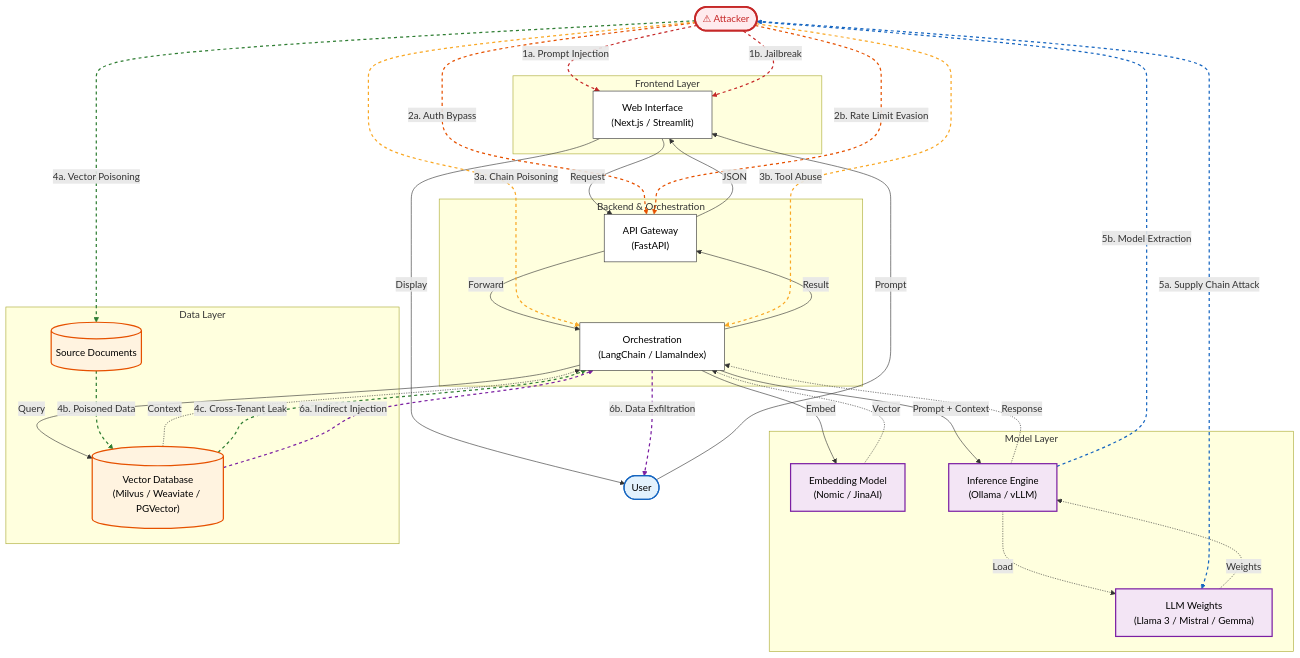
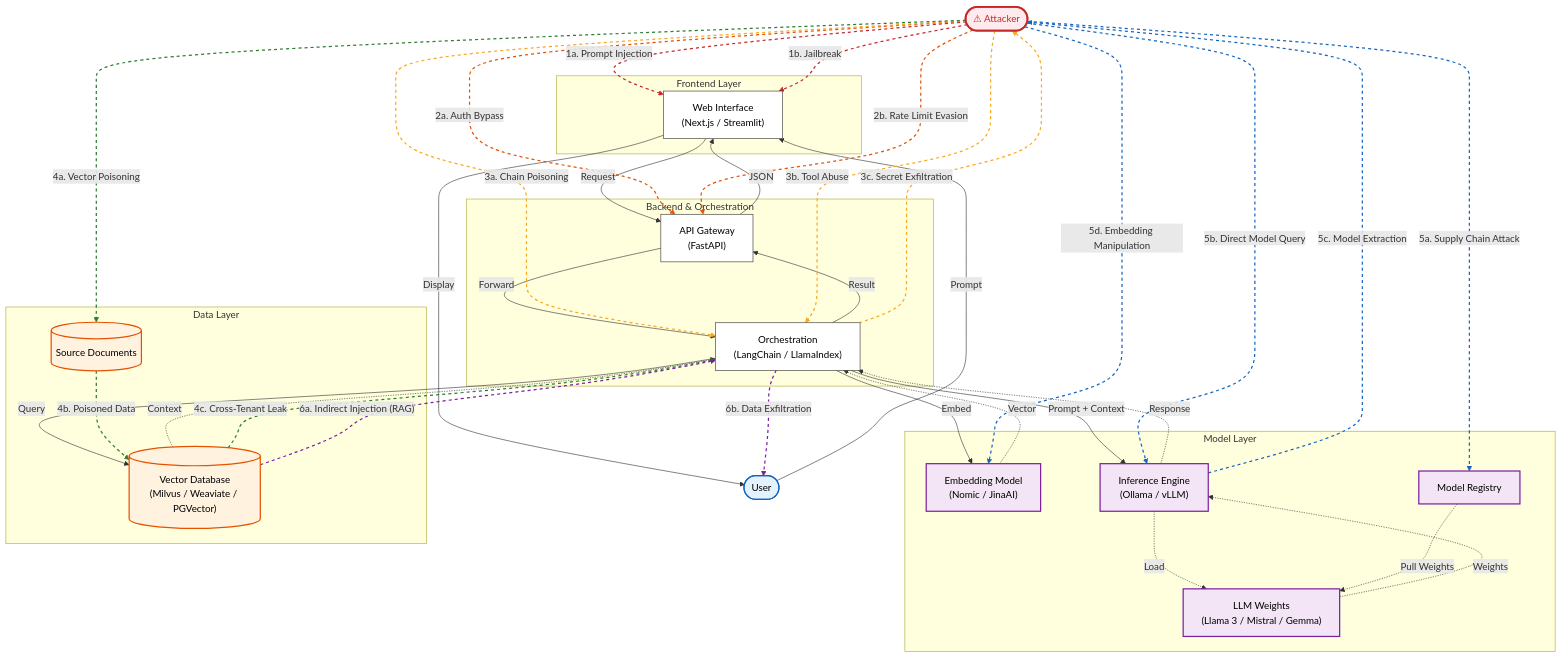
The diagram in docs/attack-paths/attack-paths.md (risyam/oss-ai-security-blueprint), drawn with Mermaid before and after one commit. The commit also changed other lines of this file, not shown here.

Commit message:
attack-path-additions

````diff
--- a/docs/attack-paths/attack-paths.md
+++ b/docs/attack-paths/attack-paths.md
@@ -23,6 +23,7 @@
         EmbedModel["Embedding Model<br/>(Nomic / JinaAI)"]
         Inference["Inference Engine<br/>(Ollama / vLLM)"]
         LLM["LLM Weights<br/>(Llama 3 / Mistral / Gemma)"]
+        Registry["Model Registry"]
     end
 
     subgraph Data ["Data Layer"]
@@ -30,7 +31,9 @@
         Documents[("Source Documents")]
     end
 
-    %% Normal Data Flow (gray, indices 0-13)
+    %% ========================
+    %% Normal Data Flow
+    %% ========================
     User -->|Prompt| UI
     UI -->|Request| API
     API -->|Forward| Orchestrator
@@ -40,41 +43,49 @@
     VectorDB -.->|Context| Orchestrator
     Orchestrator -->|Prompt + Context| Inference
     Inference -.->|Load| LLM
+    Registry -.->|Pull Weights| LLM
     LLM -.->|Weights| Inference
     Inference -.->|Response| Orchestrator
     Orchestrator -->|Result| API
     API -->|JSON| UI
     UI -->|Display| User
 
-    %% === ATTACK PATHS ===
+    %% ========================
+    %% ATTACK PATHS
+    %% ========================
 
-    %% Path 1: Frontend Attacks (RED - indices 14-15)
+    %% Path 1: Frontend (RED)
     Attacker -.->|"1a. Prompt Injection"| UI
     Attacker -.->|"1b. Jailbreak"| UI
 
-    %% Path 2: API Attacks (ORANGE - indices 16-17)
+    %% Path 2: API (ORANGE)
     Attacker -.->|"2a. Auth Bypass"| API
     Attacker -.->|"2b. Rate Limit Evasion"| API
 
-    %% Path 3: Orchestrator Attacks (YELLOW/GOLD - indices 18-19)
+    %% Path 3: Orchestrator (GOLD)
     Attacker -.->|"3a. Chain Poisoning"| Orchestrator
     Attacker -.->|"3b. Tool Abuse"| Orchestrator
+    Orchestrator -.->|"3c. Secret Exfiltration"| Attacker
 
-    %% Path 4: Vector DB Attacks (GREEN - indices 20-22)
+    %% Path 4: Vector DB (GREEN)
     Attacker -.->|"4a. Vector Poisoning"| Documents
     Documents -.->|"4b. Poisoned Data"| VectorDB
     VectorDB -.->|"4c. Cross-Tenant Leak"| Orchestrator
 
-    %% Path 5: Model Layer Attacks (BLUE - indices 23-24)
-    Attacker -.->|"5a. Supply Chain Attack"| LLM
-    Inference -.->|"5b. Model Extraction"| Attacker
+    %% Path 5: Model Layer (BLUE)
+    Attacker -.->|"5a. Supply Chain Attack"| Registry
+    Attacker -.->|"5b. Direct Model Query"| Inference
+    Inference -.->|"5c. Model Extraction"| Attacker
+    Attacker -.->|"5d. Embedding Manipulation"| EmbedModel
 
-    %% Path 6: End-to-End Attacks (PURPLE - indices 25-26)
-    VectorDB -.->|"6a. Indirect Injection"| Orchestrator
+    %% Path 6: End-to-End (PURPLE)
+    VectorDB -.->|"6a. Indirect Injection (RAG)"| Orchestrator
     Orchestrator -.->|"6b. Data Exfiltration"| User
 
 
+    %% ========================
     %% Node Styling
+    %% ========================
     classDef default fill:#fff,stroke:#333,stroke-width:1px,color:#000;
     classDef userNode fill:#e3f2fd,stroke:#1565c0,stroke-width:2px,color:#000;
     classDef attackerNode fill:#ffebee,stroke:#c62828,stroke-width:3px,color:#c62828;
@@ -84,19 +95,29 @@
     class User userNode;
     class Attacker attackerNode;
     class VectorDB,Documents dbNode;
-    class LLM,Inference,EmbedModel modelNode;
+    class LLM,Inference,EmbedModel,Registry modelNode;
 
-    %% Link Styles by Attack Category
-    %% Path 1: Frontend (RED)
-    linkStyle 14,15 stroke:#c62828,stroke-width:2px,stroke-dasharray:5;
-    %% Path 2: API (ORANGE)
-    linkStyle 16,17 stroke:#e65100,stroke-width:2px,stroke-dasharray:5;
-    %% Path 3: Orchestrator (GOLD)
-    linkStyle 18,19 stroke:#f9a825,stroke-width:2px,stroke-dasharray:5;
-    %% Path 4: Vector DB (GREEN)
-    linkStyle 20,21,22 stroke:#2e7d32,stroke-width:2px,stroke-dasharray:5;
-    %% Path 5: Model (BLUE)
-    linkStyle 23,24 stroke:#1565c0,stroke-width:2px,stroke-dasharray:5;
-    %% Path 6: End-to-End (PURPLE)
-    linkStyle 25,26 stroke:#7b1fa2,stroke-width:2px,stroke-dasharray:5;
+    %% ========================
+    %% Link Styling by Category
+    %% ========================
+
+    %% Frontend (RED)
+    linkStyle 15,16 stroke:#c62828,stroke-width:2px,stroke-dasharray:5;
+
+    %% API (ORANGE)
+    linkStyle 17,18 stroke:#e65100,stroke-width:2px,stroke-dasharray:5;
+
+    %% Orchestrator (GOLD)
+    linkStyle 19,20,21 stroke:#f9a825,stroke-width:2px,stroke-dasharray:5;
+
+    %% Vector DB (GREEN)
+    linkStyle 22,23,24 stroke:#2e7d32,stroke-width:2px,stroke-dasharray:5;
+
+    %% Model (BLUE)
+    linkStyle 25,26,27,28 stroke:#1565c0,stroke-width:2px,stroke-dasharray:5;
+
+    %% End-to-End (PURPLE)
+    linkStyle 29,30 stroke:#7b1fa2,stroke-width:2px,stroke-dasharray:5;
+
+
 ```
````
